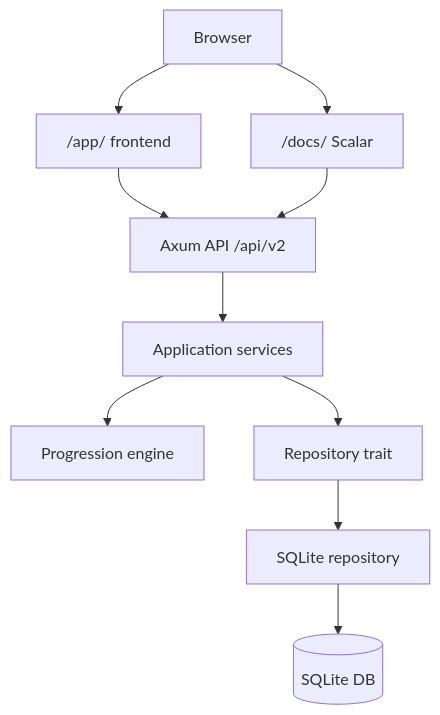
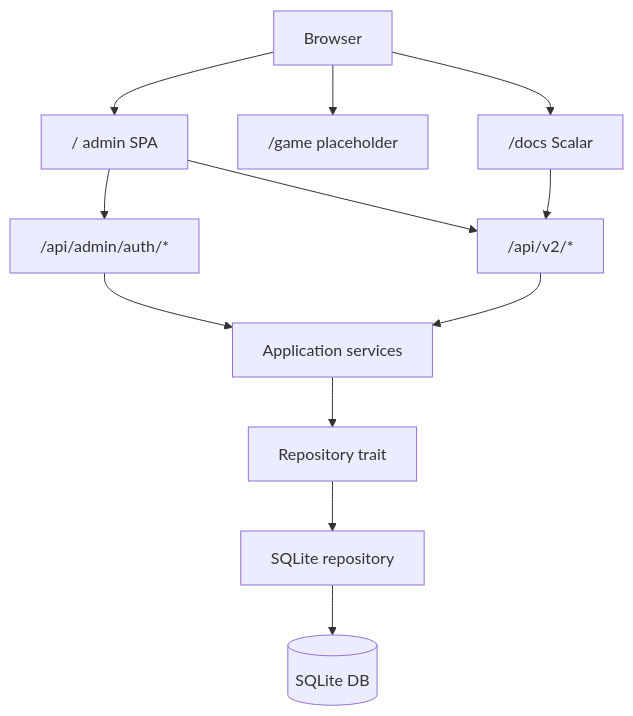
One commit to sawrus/x10 changed the diagram in README.md. Above: the diagram before and after it, drawn with Mermaid. The commit also changed other lines of this file and 74 other files, not shown here.

````diff
--- a/README.md
+++ b/README.md
@@ -49,12 +53,14 @@
 ```mermaid
 flowchart TD
-    Browser["Browser"] --> Web["/app/ frontend"]
-    Browser --> Docs["/docs/ Scalar"]
-    Web --> Api["Axum API /api/v2"]
+    Browser["Browser"] --> Admin["/ admin SPA"]
+    Browser --> Game["/game placeholder"]
+    Browser --> Docs["/docs Scalar"]
+    Admin --> Auth["/api/admin/auth/*"]
+    Admin --> Api["/api/v2/*"]
     Docs --> Api
-    Api --> App["Application services"]
-    App --> Domain["Progression engine"]
+    Auth --> App["Application services"]
+    Api --> App
     App --> Repo["Repository trait"]
     Repo --> Sqlite["SQLite repository"]
     Sqlite --> Db[("SQLite DB")]
 ```
````
